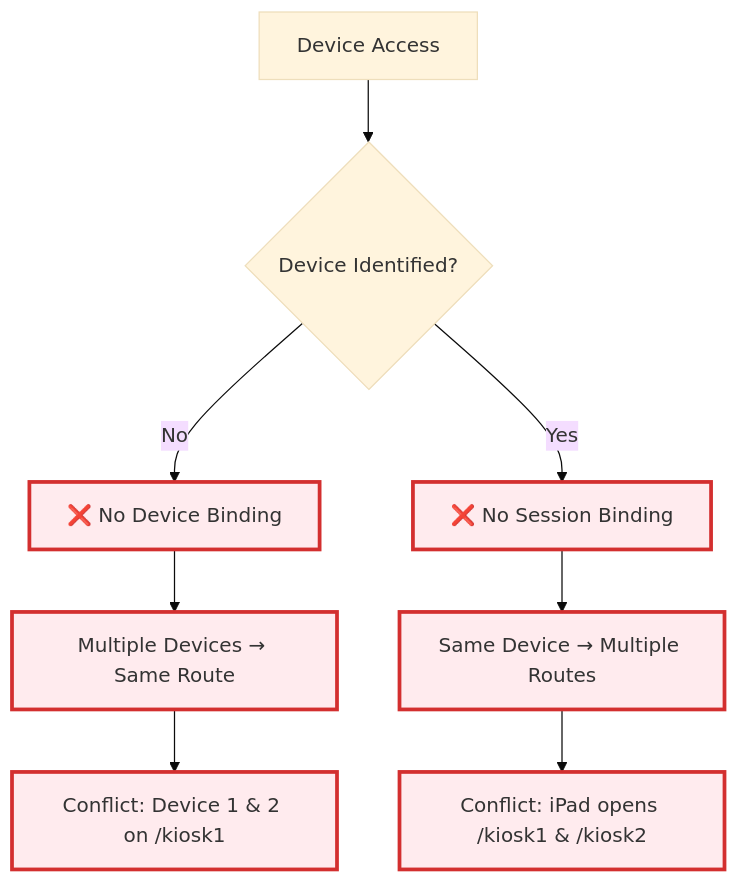
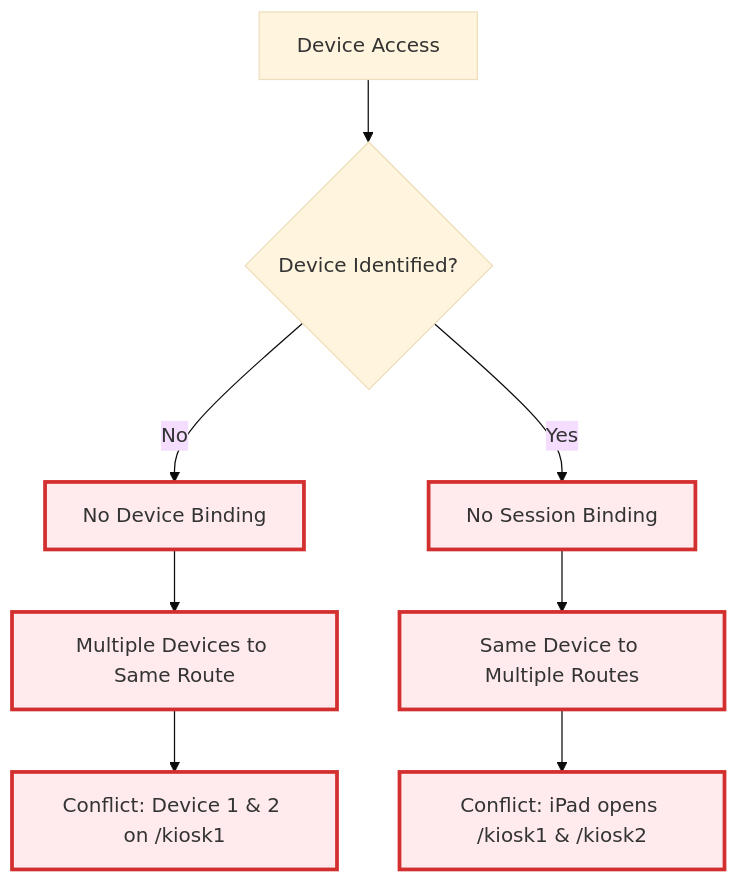
One commit to Splurfa/bx-os changed the fourth of 5 diagrams in Docs/Flowcharts/Current-State/02-current-kiosk-logic.md. Above: the diagram before and after it, drawn with Mermaid (base theme). The commit also changed other lines of this file and 12 other files, not shown here.

First line of the commit message:
Fix flowchart syntax and numbering

````diff
--- a/Docs/Flowcharts/Current-State/02-current-kiosk-logic.md
+++ b/Docs/Flowcharts/Current-State/02-current-kiosk-logic.md
@@ -76,19 +76,19 @@
 ```mermaid
 flowchart TD
     A[Device Access] --> B{Device Identified?}
-    B -->|No| C[❌ No Device Binding]
-    B -->|Yes| D[❌ No Session Binding]
+    B -->|No| C[No Device Binding]
+    B -->|Yes| D[No Session Binding]
     
-    C --> E[Multiple Devices → Same Route]
-    D --> F[Same Device → Multiple Routes]
+    C --> E["Multiple Devices to Same Route"]
+    D --> F["Same Device to Multiple Routes"]
     
-    E --> G[Conflict: Device 1 & 2 on /kiosk1]
-    F --> H[Conflict: iPad opens /kiosk1 & /kiosk2]
+    E --> G["Conflict: Device 1 & 2 on /kiosk1"]
+    F --> H["Conflict: iPad opens /kiosk1 & /kiosk2"]
     
     style C fill:#ffebee,stroke:#d32f2f,stroke-width:3px
     style D fill:#ffebee,stroke:#d32f2f,stroke-width:3px
     style E fill:#ffebee,stroke:#d32f2f,stroke-width:3px
     style F fill:#ffebee,stroke:#d32f2f,stroke-width:3px
     style G fill:#ffebee,stroke:#d32f2f,stroke-width:3px
     style H fill:#ffebee,stroke:#d32f2f,stroke-width:3px
 ```
````
